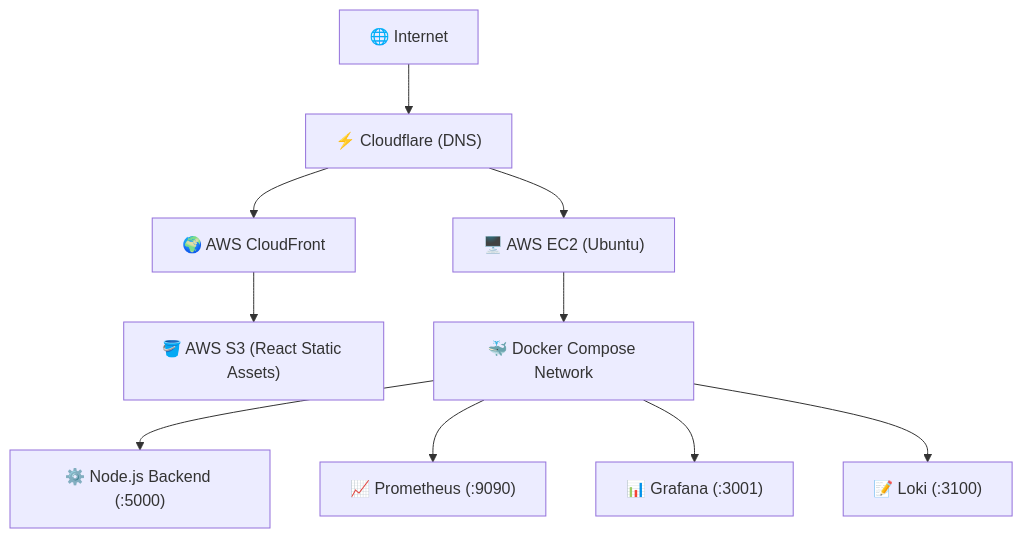
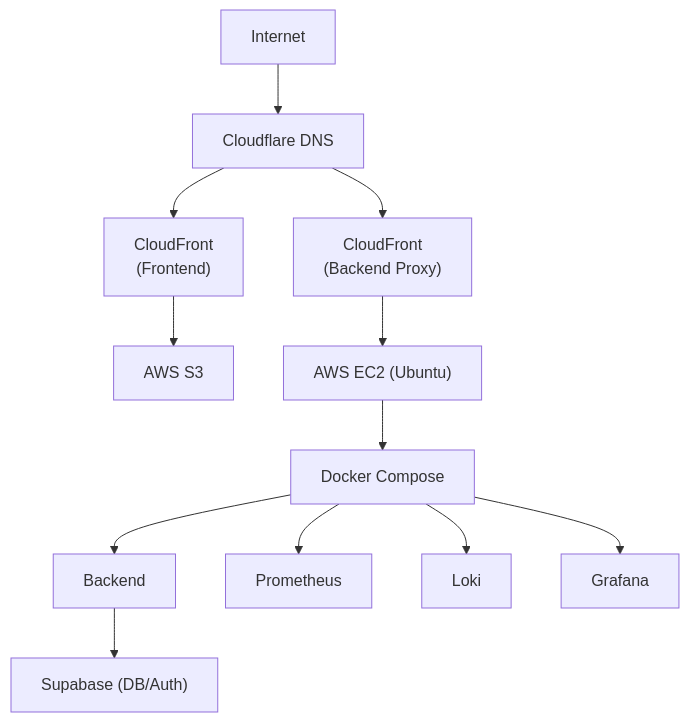
The second of 2 diagrams in README.md (Dakshh-Agarwal/DevGuard-AI), drawn with Mermaid before and after one commit. The commit also changed other lines of this file and 1 other file, not shown here.

Commit message:
docs: explicitly show dual CloudFront architecture, ACM TLS 1.3, and 1.5GB swap file

````diff
--- a/README.md
+++ b/README.md
@@ -159,25 +160,19 @@
 ```mermaid
 flowchart TD
-    Internet["🌐 Internet"]
-    CF["⚡ Cloudflare (DNS)"]
-    CDN["🌍 AWS CloudFront"]
-    S3["🪣 AWS S3 (React Static Assets)"]
-    EC2["🖥️ AWS EC2 (Ubuntu)"]
-    Docker["🐳 Docker Compose Network"]
+    Internet["Internet"] --> DNS["Cloudflare DNS"]
     
-    Prometheus["📈 Prometheus (:9090)"]
-    Grafana["📊 Grafana (:3001)"]
-    Loki["📝 Loki (:3100)"]
-    Backend["⚙️ Node.js Backend (:5000)"]
-
-    Internet --> CF
-    CF --> CDN
-    CDN --> S3
-    CF --> EC2
+    DNS --> CFF["CloudFront\n(Frontend)"]
+    DNS --> CFB["CloudFront\n(Backend Proxy)"]
     
-    EC2 --> Docker
-    Docker --> Backend
-    Docker --> Prometheus
-    Docker --> Grafana
-    Docker --> Loki
+    CFF --> S3["AWS S3"]
+    CFB --> EC2["AWS EC2 (Ubuntu)"]
+    
+    EC2 --> Docker["Docker Compose"]
+    
+    Docker --> Backend["Backend"]
+    Docker --> Prometheus["Prometheus"]
+    Docker --> Loki["Loki"]
+    Docker --> Grafana["Grafana"]
+    
+    Backend --> Supabase["Supabase (DB/Auth)"]
 ```
````
